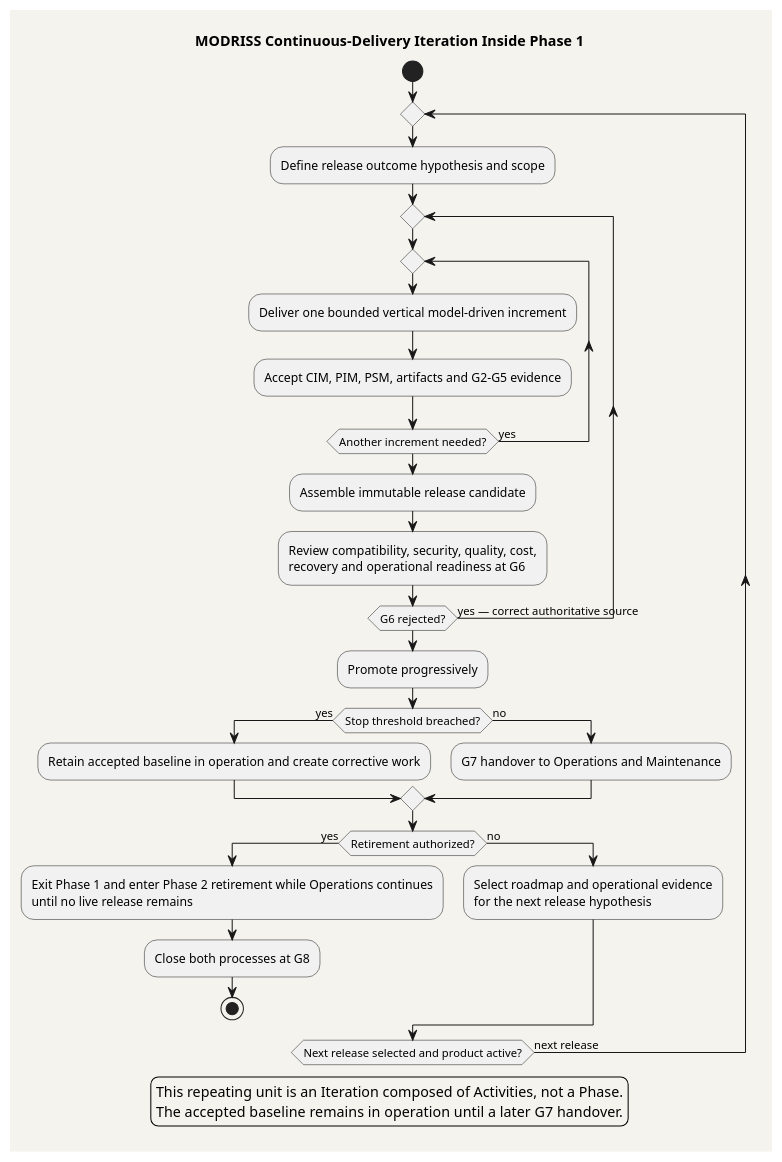
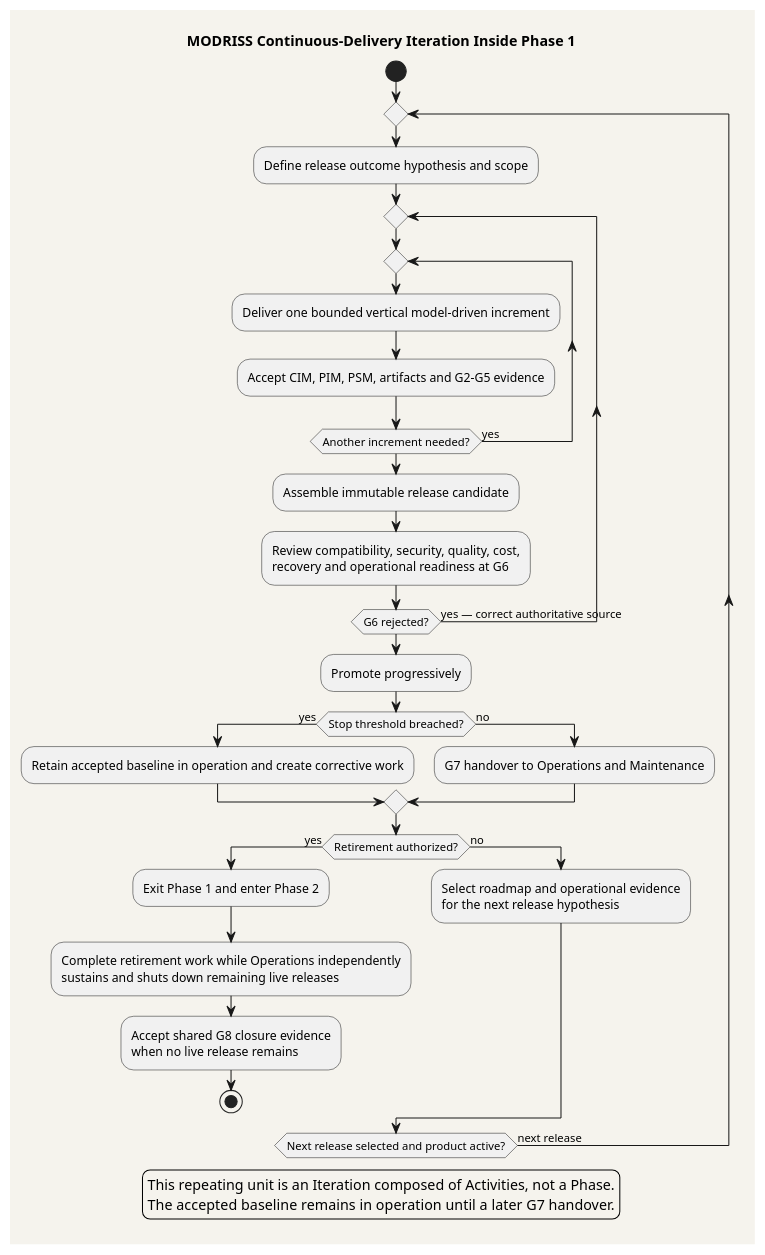
Before and after one commit to mehdieidi/modriss: the diagram in mde/process/engineered-method/spem/release-cycle.puml, drawn with PlantUML. The commit also changed 20 other files, not shown here.

```diff
--- a/mde/process/engineered-method/spem/release-cycle.puml
+++ b/mde/process/engineered-method/spem/release-cycle.puml
@@ -1,35 +1,36 @@
 @startuml
 title MODRISS Continuous-Delivery Iteration Inside Phase 1
 skinparam backgroundColor #F5F3ED
 skinparam shadowing false
 start
 repeat
   :Define release outcome hypothesis and scope;
   repeat
   repeat
     :Deliver one bounded vertical model-driven increment;
     :Accept CIM, PIM, PSM, artifacts and G2–G5 evidence;
   repeat while (Another increment needed?) is (yes)
   :Assemble immutable release candidate;
   :Review compatibility, security, quality, cost,\nrecovery and operational readiness at G6;
 repeat while (G6 rejected?) is (yes — correct authoritative source)
 :Promote progressively;
 if (Stop threshold breached?) then (yes)
   :Retain accepted baseline in operation and create corrective work;
 else (no)
   :G7 handover to Operations and Maintenance;
 endif
 if (Retirement authorized?) then (yes)
-  :Exit Phase 1 and enter Phase 2 retirement while Operations continues\nuntil no live release remains;
-  :Close both processes at G8;
+  :Exit Phase 1 and enter Phase 2;
+  :Complete retirement work while Operations independently\nsustains and shuts down remaining live releases;
+  :Accept shared G8 closure evidence\nwhen no live release remains;
   stop
 else (no)
   :Select roadmap and operational evidence\nfor the next release hypothesis;
 endif
 repeat while (Next release selected and product active?) is (next release)
 
 legend bottom
   This repeating unit is an Iteration composed of Activities, not a Phase.
   The accepted baseline remains in operation until a later G7 handover.
 endlegend
 @enduml
```
